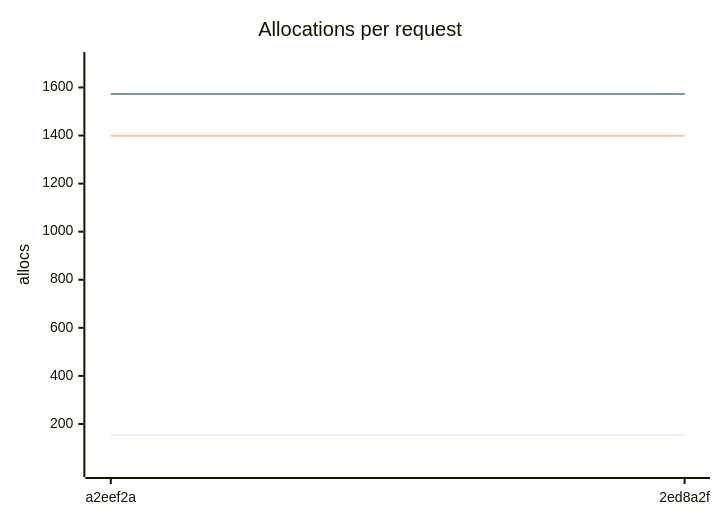
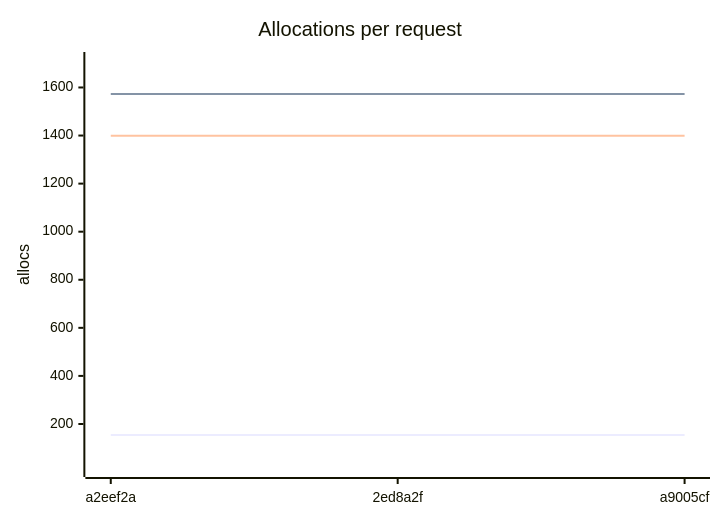
One commit to Karakatiza666/roc-cloudflare-workers changed the fifth of 7 diagrams in CHART.md. Above: the diagram before and after it, drawn with Mermaid. The commit also changed other lines of this file and 2 other files, not shown here.

````diff
--- a/CHART.md
+++ b/CHART.md
@@ -55,9 +71,9 @@
 ```mermaid
 xychart-beta
     title "Allocations per request"
-    x-axis ["a2eef2a", "2ed8a2f"]
+    x-axis ["a2eef2a", "2ed8a2f", "a9005cf"]
     y-axis "allocs" 12.702 --> 1714.3
-    line [154.5, 154.5]
-    line [1572.5, 1572.5]
-    line [1398.9, 1398.9]
+    line [154.5, 154.5, 154.5]
+    line [1572.5, 1572.5, 1572.5]
+    line [1398.9, 1398.9, 1398.9]
 ```
````
